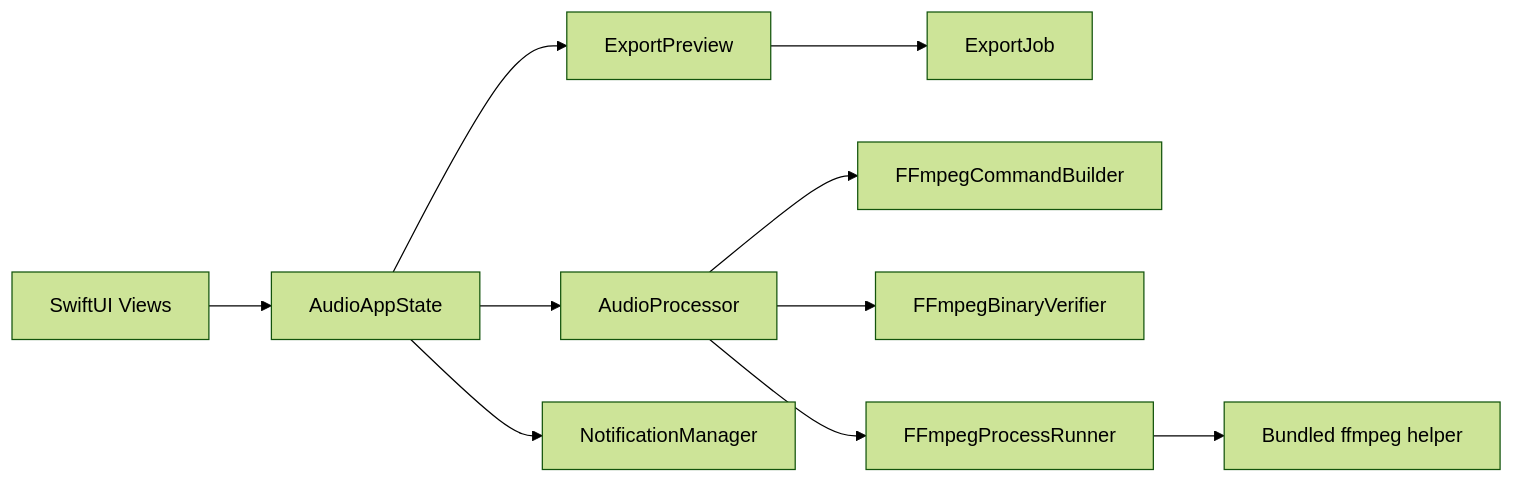
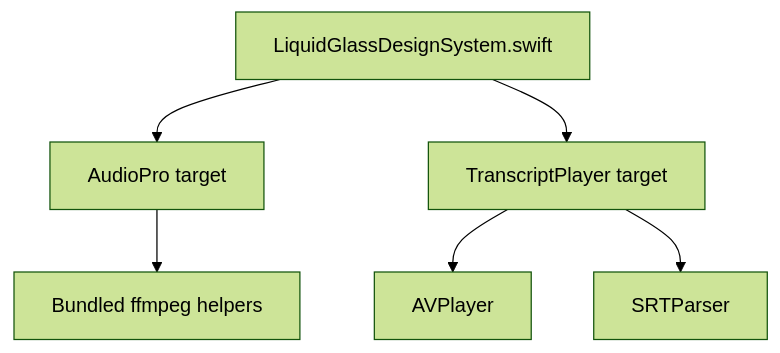
The diagram in README.md (CometaSensitiva/AudioPro), drawn with Mermaid (forest theme) before and after one commit. The commit also changed other lines of this file and 15 other files, not shown here.

Commit message:
Add TranscriptPlayer macOS app

````diff
--- a/README.md
+++ b/README.md
@@ -48,12 +53,8 @@
 ```mermaid
-flowchart LR
-    UI["SwiftUI Views"] --> AppState["AudioAppState"]
-    AppState --> Preview["ExportPreview"]
-    Preview --> Job["ExportJob"]
-    AppState --> Processor["AudioProcessor"]
-    AppState --> Notify["NotificationManager"]
-    Processor --> Builder["FFmpegCommandBuilder"]
-    Processor --> Verifier["FFmpegBinaryVerifier"]
-    Processor --> Runner["FFmpegProcessRunner"]
-    Runner --> Helper["Bundled ffmpeg helper"]
+flowchart TD
+    Design["LiquidGlassDesignSystem.swift"] --> AudioProTarget["AudioPro target"]
+    Design --> TranscriptTarget["TranscriptPlayer target"]
+    AudioProTarget --> FFmpeg["Bundled ffmpeg helpers"]
+    TranscriptTarget --> AVPlayer["AVPlayer"]
+    TranscriptTarget --> SRT["SRTParser"]
 ```
````
